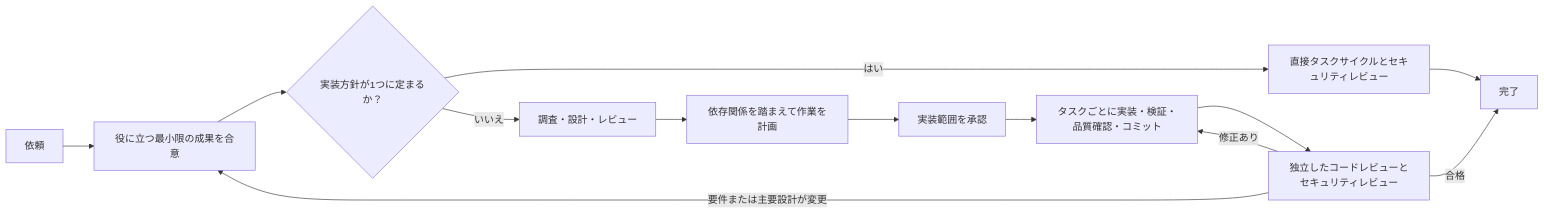
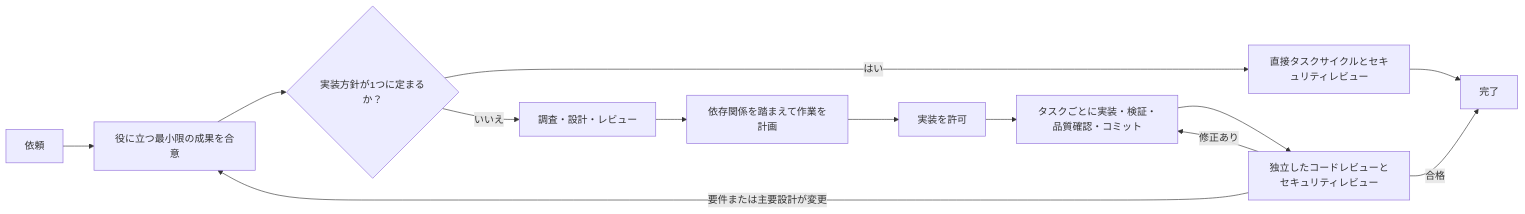
Before and after one commit to shinpr/codex-workflows: the diagram in README.ja.md, drawn with Mermaid. The commit also changed other lines of this file and 4 other files, not shown here.

````diff
--- a/README.ja.md
+++ b/README.ja.md
@@ -82,15 +82,15 @@
 ```mermaid
 flowchart LR
     A[依頼] --> B[役に立つ最小限の成果を合意]
     B --> C{実装方針が1つに定まるか？}
     C -->|はい| S[直接タスクサイクルとセキュリティレビュー]
     S --> L[完了]
     C -->|いいえ| D[調査・設計・レビュー]
     D --> E[依存関係を踏まえて作業を計画]
-    E --> F[実装範囲を承認]
+    E --> F[実装を許可]
     F --> H[タスクごとに実装・検証・品質確認・コミット]
     H --> K[独立したコードレビューとセキュリティレビュー]
     K -->|修正あり| H
     K -->|要件または主要設計が変更| B
     K -->|合格| L[完了]
 ```
````
